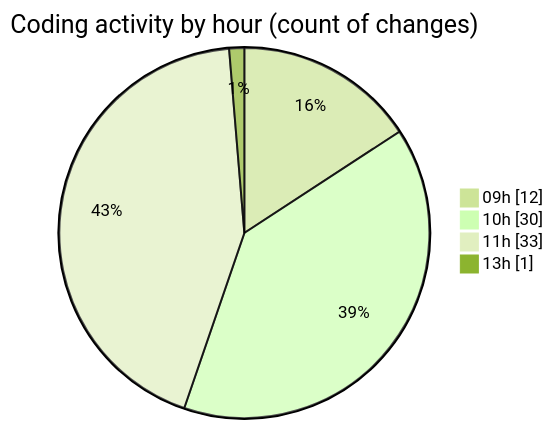
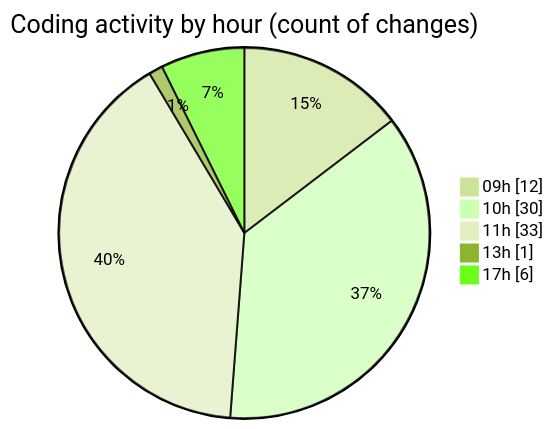
The second of 2 diagrams in 2025-02-06/cda/README.md (momahboobian/code-tracking), drawn with Mermaid (forest theme) before and after one commit. The commit also changed other lines of this file and 1 other file, not shown here.

````diff
--- a/2025-02-06/cda/README.md
+++ b/2025-02-06/cda/README.md
@@ -35,8 +36,9 @@
 ```mermaid
 pie showData
 title Coding activity by hour (count of changes)
 "09h" : 12
 "10h" : 30
 "11h" : 33
 "13h" : 1
+"17h" : 6
 ```
````
